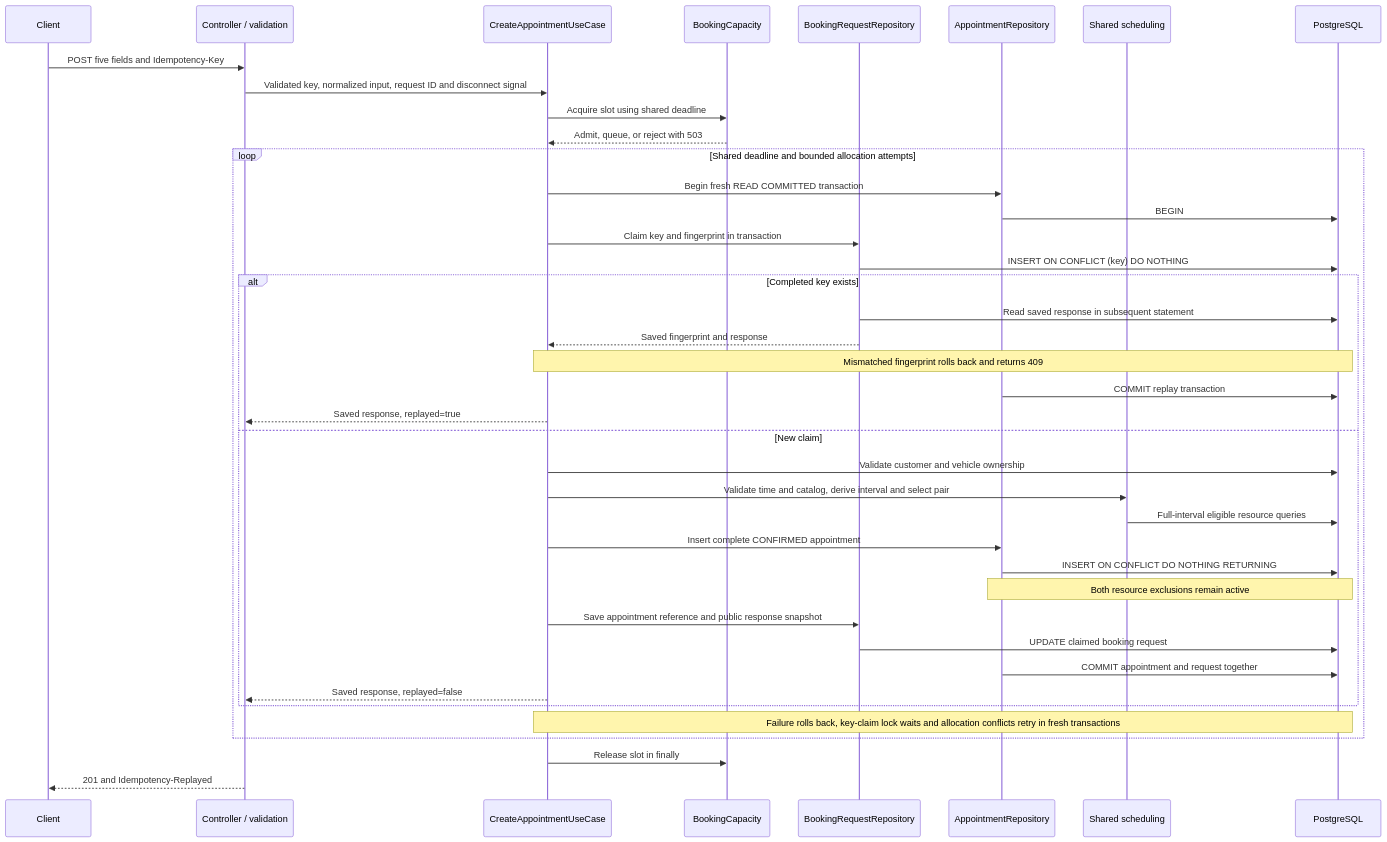
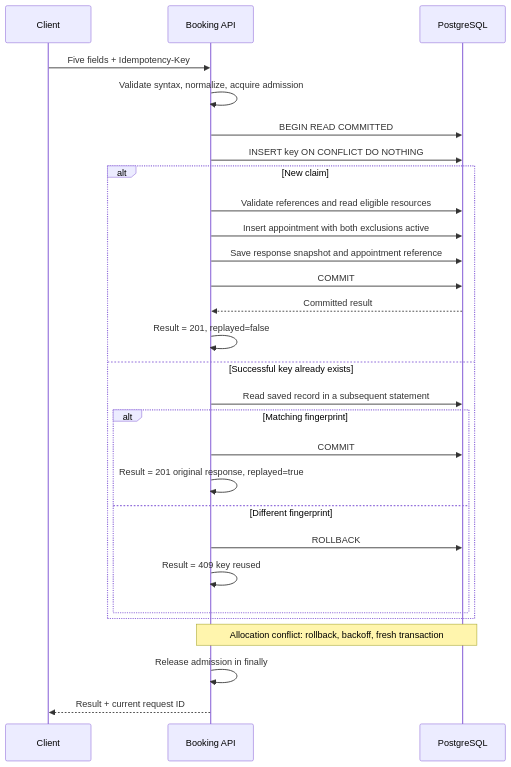
One commit to kiettle/keyloop-service-scheduler changed the fourth of 5 diagrams in docs/SYSTEM_DESIGN.md. Above: the diagram before and after it, drawn with Mermaid. The commit also changed other lines of this file and 47 other files, not shown here.

````diff
--- a/docs/SYSTEM_DESIGN.md
+++ b/docs/SYSTEM_DESIGN.md
@@ -138,42 +152,30 @@
 ```mermaid
 sequenceDiagram
   participant C as Client
-  participant H as Controller / validation
-  participant U as CreateAppointmentUseCase
-  participant A as BookingCapacity
-  participant Q as BookingRequestRepository
-  participant R as AppointmentRepository
-  participant S as Shared scheduling
-  participant DB as PostgreSQL
-  C->>H: POST five fields and Idempotency-Key
-  H->>U: Validated key, normalized input, request ID and disconnect signal
-  U->>A: Acquire slot using shared deadline
-  A-->>U: Admit, queue, or reject with 503
-  loop Shared deadline and bounded allocation attempts
-    U->>R: Begin fresh READ COMMITTED transaction
-    R->>DB: BEGIN
-    U->>Q: Claim key and fingerprint in transaction
-    Q->>DB: INSERT ON CONFLICT (key) DO NOTHING
-    alt Completed key exists
-      Q->>DB: Read saved response in subsequent statement
-      Q-->>U: Saved fingerprint and response
-      Note over U,DB: Mismatched fingerprint rolls back and returns 409
-      R->>DB: COMMIT replay transaction
-      U-->>H: Saved response, replayed=true
-    else New claim
-      U->>DB: Validate customer and vehicle ownership
-      U->>S: Validate time and catalog, derive interval and select pair
-      S->>DB: Full-interval eligible resource queries
-      U->>R: Insert complete CONFIRMED appointment
-      R->>DB: INSERT ON CONFLICT DO NOTHING RETURNING
-      Note over R,DB: Both resource exclusions remain active
-      U->>Q: Save appointment reference and public response snapshot
-      Q->>DB: UPDATE claimed booking request
-      R->>DB: COMMIT appointment and request together
-      U-->>H: Saved response, replayed=false
+  participant A as Booking API
+  participant P as PostgreSQL
+  C->>A: Five fields + Idempotency-Key
+  A->>A: Validate syntax, normalize, acquire admission
+  A->>P: BEGIN READ COMMITTED
+  A->>P: INSERT key ON CONFLICT DO NOTHING
+  alt New claim
+    A->>P: Validate references and read eligible resources
+    A->>P: Insert appointment with both exclusions active
+    A->>P: Save response snapshot and appointment reference
+    A->>P: COMMIT
+    P-->>A: Committed result
+    A->>A: Result = 201, replayed=false
+  else Successful key already exists
+    A->>P: Read saved record in a subsequent statement
+    alt Matching fingerprint
+      A->>P: COMMIT
+      A->>A: Result = 201 original response, replayed=true
+    else Different fingerprint
+      A->>P: ROLLBACK
+      A->>A: Result = 409 key reused
     end
-    Note over U,DB: Failure rolls back, key-claim lock waits and allocation conflicts retry in fresh transactions
   end
-  U->>A: Release slot in finally
-  H-->>C: 201 and Idempotency-Replayed
+  Note over A,P: Allocation conflict: rollback, backoff, fresh transaction
+  A->>A: Release admission in finally
+  A-->>C: Result + current request ID
 ```
````
